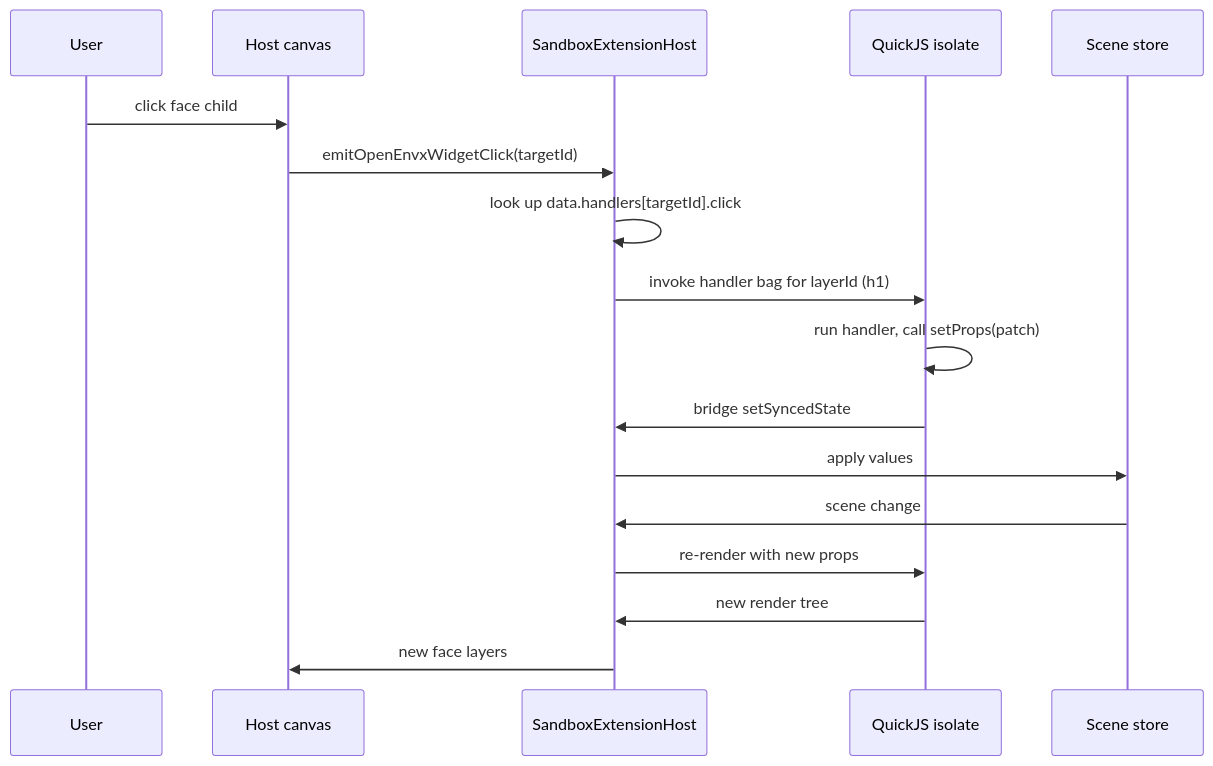
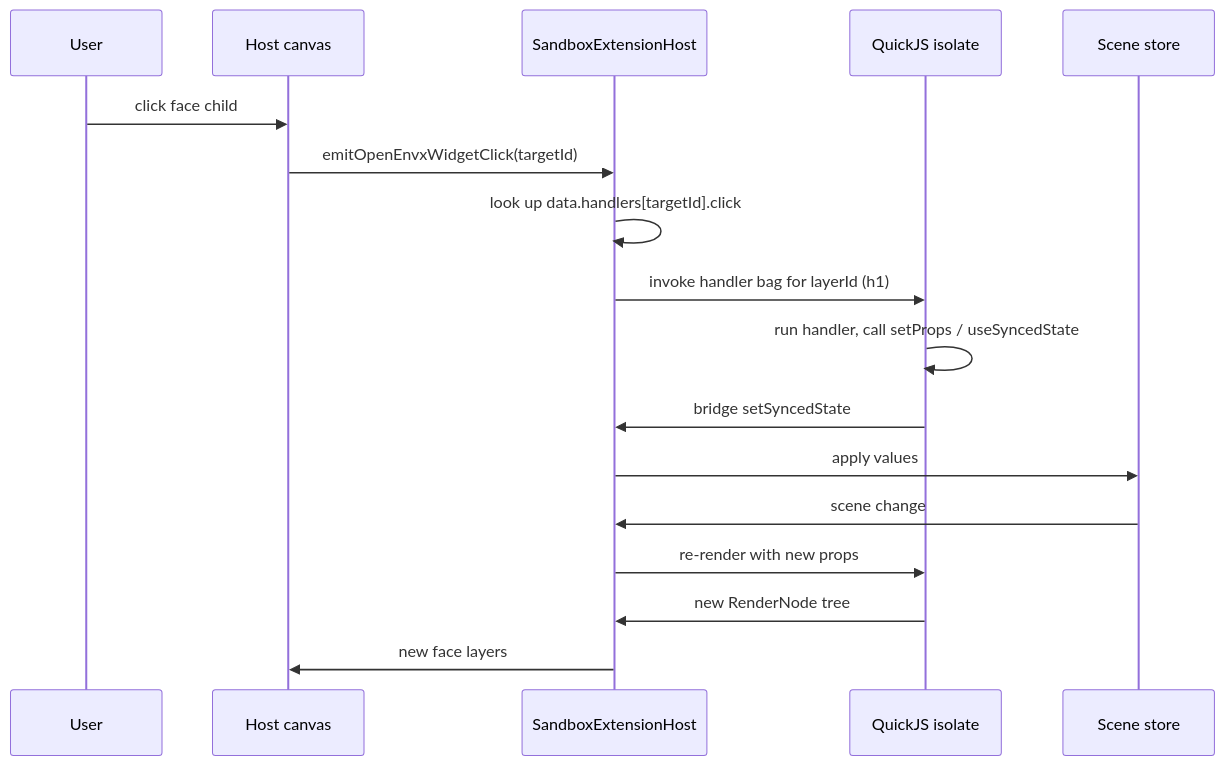
The third of 4 diagrams in docs/architecture/widget-bridge.md (openenvx/editor), drawn with Mermaid before and after one commit. The commit also changed other lines of this file and 62 other files, not shown here.

````diff
--- a/docs/architecture/widget-bridge.md
+++ b/docs/architecture/widget-bridge.md
@@ -40,19 +82,19 @@
 ```mermaid
 sequenceDiagram
   participant User
   participant Canvas as Host canvas
   participant Host as SandboxExtensionHost
   participant Iso as QuickJS isolate
   participant Scene as Scene store
   User->>Canvas: click face child
   Canvas->>Host: emitOpenEnvxWidgetClick(targetId)
   Host->>Host: look up data.handlers[targetId].click
   Host->>Iso: invoke handler bag for layerId (h1)
-  Iso->>Iso: run handler, call setProps(patch)
+  Iso->>Iso: run handler, call setProps / useSyncedState
   Iso->>Host: bridge setSyncedState
   Host->>Scene: apply values
   Scene->>Host: scene change
   Host->>Iso: re-render with new props
-  Iso->>Host: new render tree
+  Iso->>Host: new RenderNode tree
   Host->>Canvas: new face layers
 ```
````
